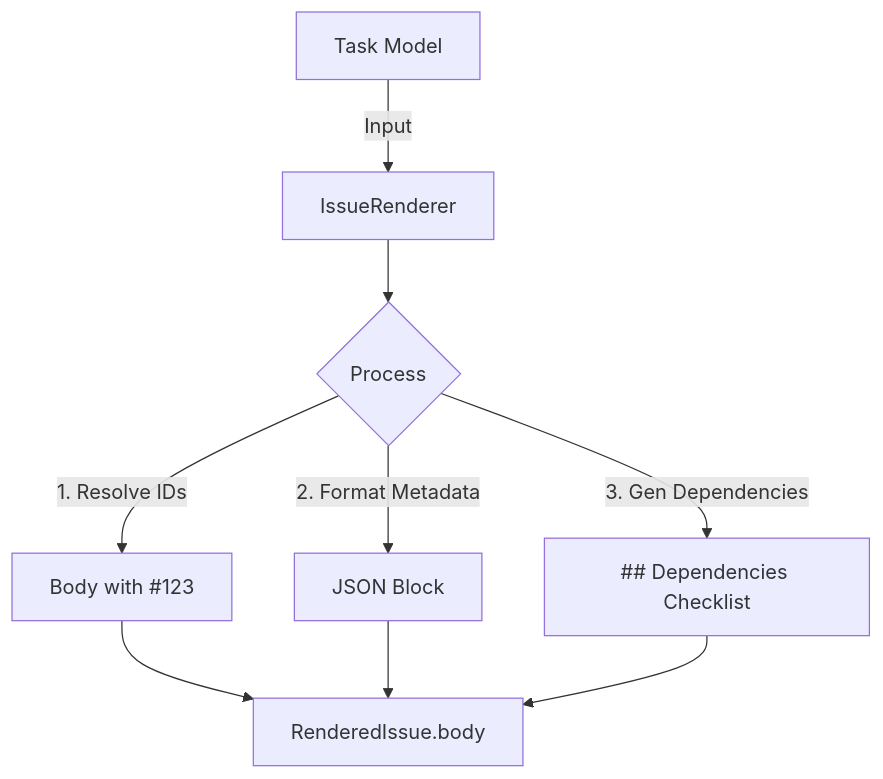
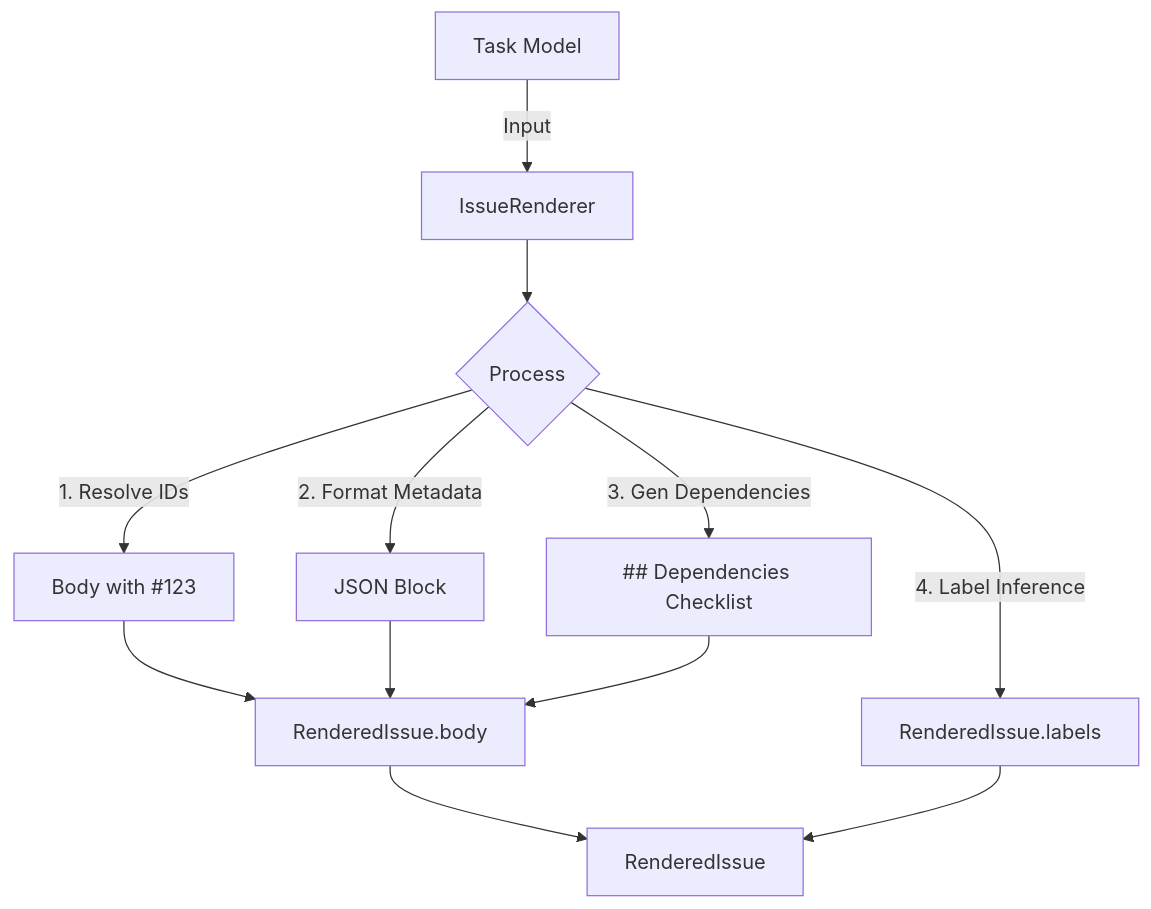
One commit to masa-codehub/issue_creator_kit changed the second of 2 diagrams in docs/architecture/structure-renderer.md. Above: the diagram before and after it, drawn with Mermaid. The commit also changed other lines of this file and 20 other files, not shown here.

````diff
--- a/docs/architecture/structure-renderer.md
+++ b/docs/architecture/structure-renderer.md
@@ -33,9 +33,12 @@
 ```mermaid
 graph TD
     A[Task Model] -->|Input| B[IssueRenderer]
     B --> C{Process}
     C -->|1. Resolve IDs| D[Body with #123]
     C -->|2. Format Metadata| E[JSON Block]
     C -->|3. Gen Dependencies| F[## Dependencies Checklist]
+    C -->|4. Label Inference| L[RenderedIssue.labels]
     D & E & F --> G[RenderedIssue.body]
+    G --> H[RenderedIssue]
+    L --> H
 ```
````
